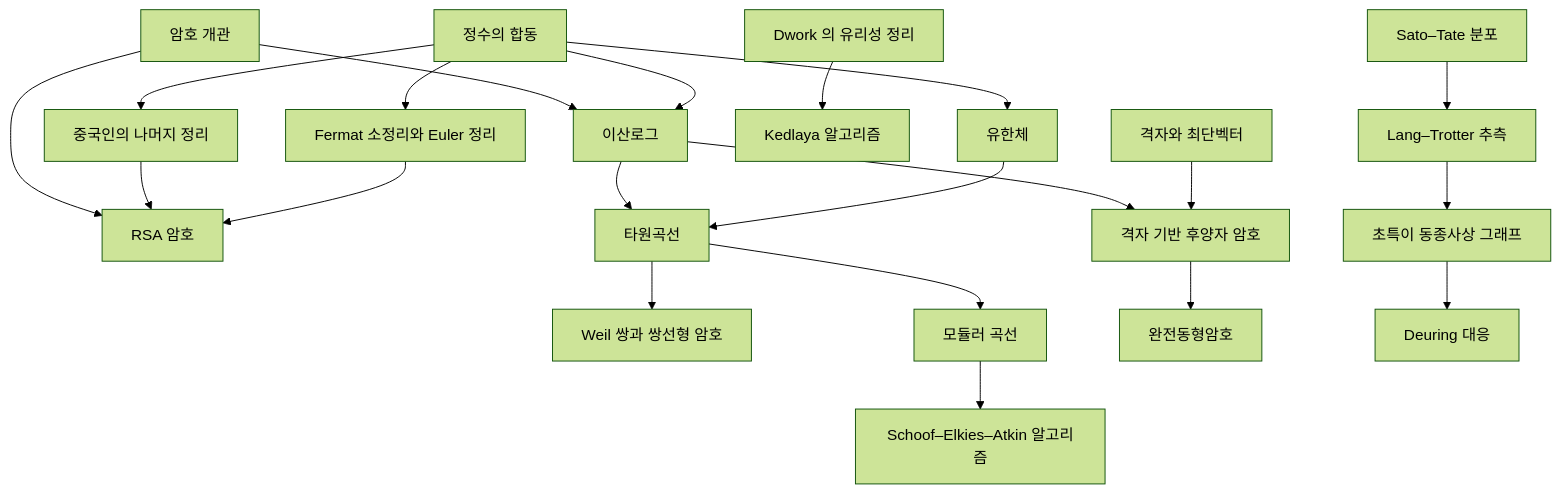
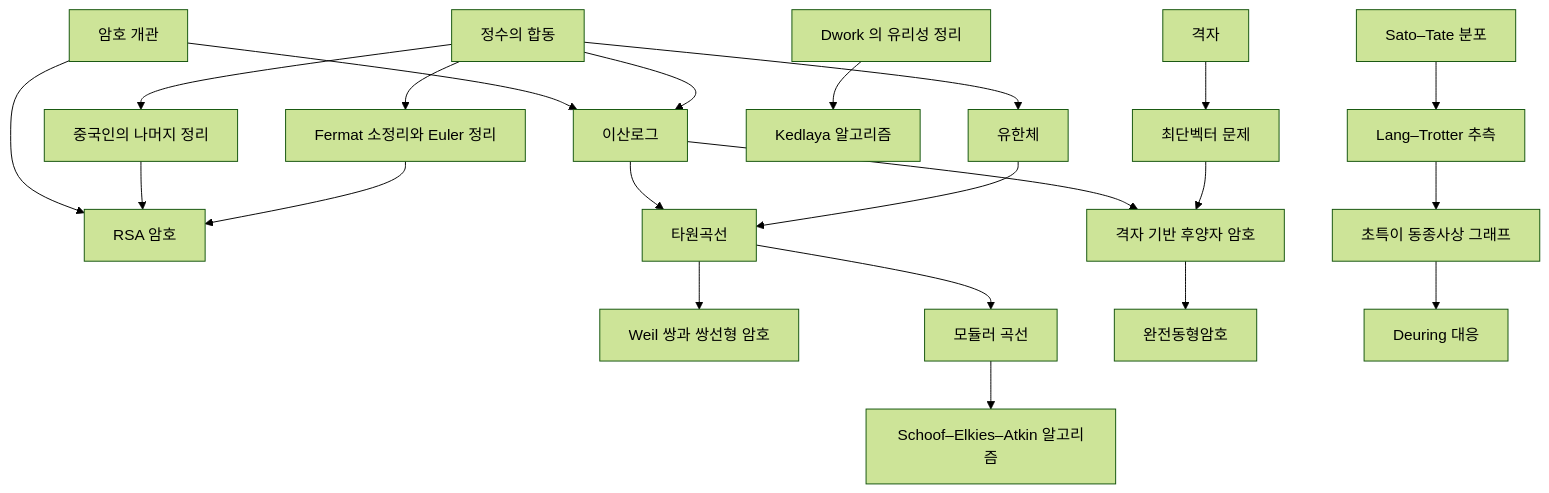
One commit to Phryxia/math-map changed the diagram in docs/cryptography-overview.md. Above: the diagram before and after it, drawn with Mermaid (forest theme). The commit also changed other lines of this file and 11 other files, not shown here.

````diff
--- a/docs/cryptography-overview.md
+++ b/docs/cryptography-overview.md
@@ -13,23 +13,24 @@
 ```mermaid
 graph TD
   CRY["암호 개관"] --> RSA["RSA 암호"]
   CRY --> DL["이산로그"]
   MOD["정수의 합동"] --> DL
   MOD --> FF["유한체"]
   MOD --> CRT["중국인의 나머지 정리"]
   MOD --> FE["Fermat 소정리와 Euler 정리"]
   CRT --> RSA
   FE --> RSA
   DL --> EC["타원곡선"]
   FF --> EC
   EC --> PBC["Weil 쌍과 쌍선형 암호"]
   EC --> MC["모듈러 곡선"]
   MC --> SEA["Schoof–Elkies–Atkin 알고리즘"]
   DW["Dwork 의 유리성 정리"] --> KED["Kedlaya 알고리즘"]
   DL --> PQC["격자 기반 후양자 암호"]
-  LAT["격자와 최단벡터"] --> PQC
+  LAT["격자"] --> SVP["최단벡터 문제"]
+  SVP --> PQC
   PQC --> FHE["완전동형암호"]
   ST["Sato–Tate 분포"] --> LT["Lang–Trotter 추측"]
   LT --> SIG["초특이 동종사상 그래프"]
   SIG --> DC["Deuring 대응"]
 ```
````
